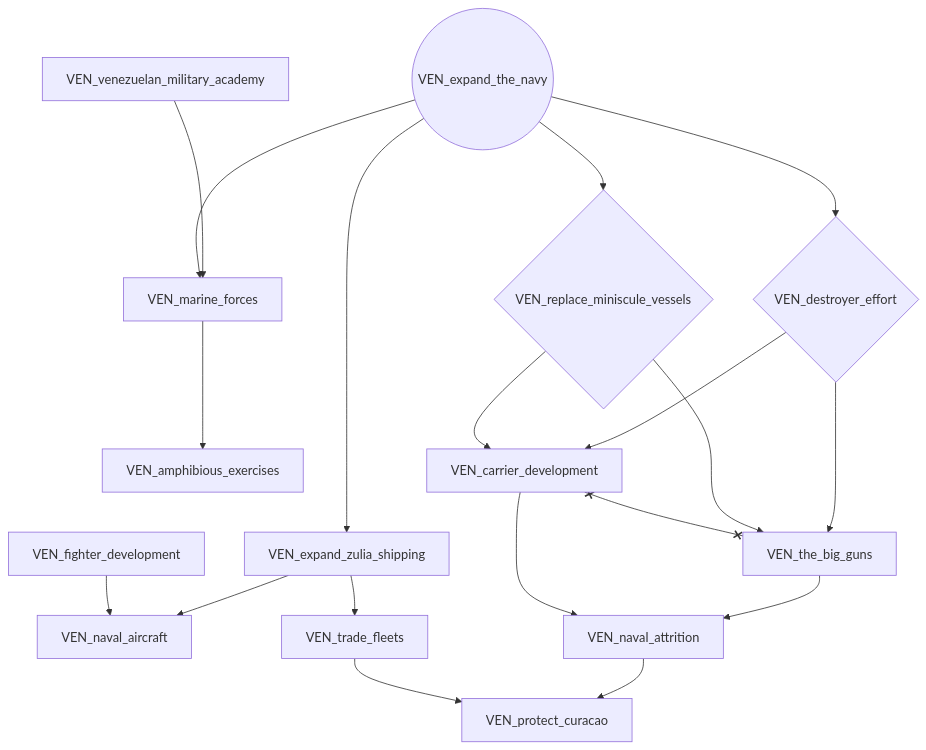
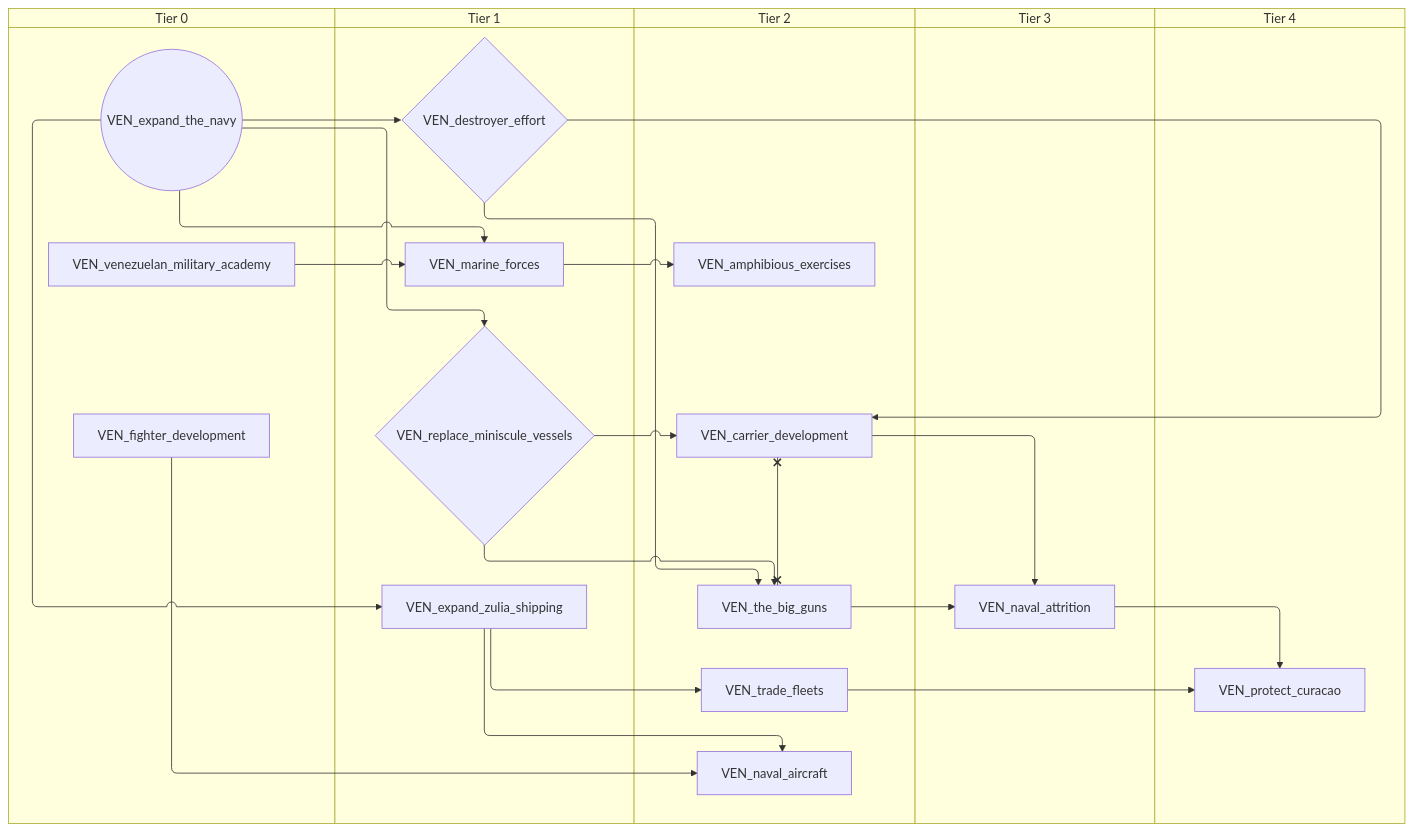
One commit to evgeny-sobol/hoi4-sandbox-mode-r56 changed the third of 5 diagrams in docs/gdd/National Focuses/r56/venezuela.md. Above: the diagram before and after it, drawn with Mermaid. The commit also changed other lines of this file and 423 other files, not shown here.

First line of the commit message:
Re-export Rt56 focus trees as swimlane diagrams

````diff
--- a/docs/gdd/National Focuses/r56/venezuela.md
+++ b/docs/gdd/National Focuses/r56/venezuela.md
@@ -408,35 +448,45 @@
 ```mermaid
-flowchart TD
-    n157["VEN_amphibious_exercises"]
-    n158["VEN_carrier_development"]
-    n159{"VEN_destroyer_effort"}
-    n160(("VEN_expand_the_navy"))
-    n6["VEN_expand_zulia_shipping"]
-    n7["VEN_fighter_development"]
-    n161["VEN_marine_forces"]
-    n8["VEN_naval_aircraft"]
-    n162["VEN_naval_attrition"]
-    n163["VEN_protect_curacao"]
-    n164{"VEN_replace_miniscule_vessels"}
-    n165["VEN_the_big_guns"]
-    n166["VEN_trade_fleets"]
-    n167["VEN_venezuelan_military_academy"]
-    n161 --> n157
-    n159 --> n158
-    n164 --> n158
-    n160 --> n159
-    n160 --> n6
-    n167 --> n161
-    n160 --> n161
-    n6 --> n8
-    n7 --> n8
-    n165 --> n162
-    n158 --> n162
-    n162 --> n163
-    n166 --> n163
-    n160 --> n164
-    n159 --> n165
-    n164 --> n165
-    n6 --> n166
-    n158 x--x n165
+swimlane-beta TD
+    subgraph tier_0["Tier 0"]
+        n157(("VEN_expand_the_navy"))
+        n5["VEN_fighter_development"]
+        n158["VEN_venezuelan_military_academy"]
+    end
+    subgraph tier_1["Tier 1"]
+        n159{"VEN_destroyer_effort"}
+        n3["VEN_expand_zulia_shipping"]
+        n160["VEN_marine_forces"]
+        n161{"VEN_replace_miniscule_vessels"}
+    end
+    subgraph tier_2["Tier 2"]
+        n162["VEN_amphibious_exercises"]
+        n163["VEN_carrier_development"]
+        n7["VEN_naval_aircraft"]
+        n164["VEN_the_big_guns"]
+        n165["VEN_trade_fleets"]
+    end
+    subgraph tier_3["Tier 3"]
+        n166["VEN_naval_attrition"]
+    end
+    subgraph tier_4["Tier 4"]
+        n167["VEN_protect_curacao"]
+    end
+    n160 --> n162
+    n159 --> n163
+    n161 --> n163
+    n157 --> n159
+    n157 --> n3
+    n158 --> n160
+    n157 --> n160
+    n3 --> n7
+    n5 --> n7
+    n164 --> n166
+    n163 --> n166
+    n166 --> n167
+    n165 --> n167
+    n157 --> n161
+    n159 --> n164
+    n161 --> n164
+    n3 --> n165
+    n163 x--x n164
 ```
````
